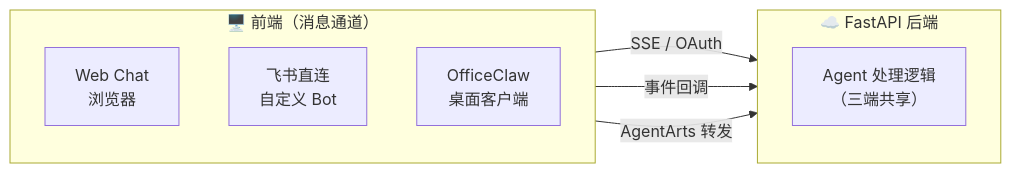
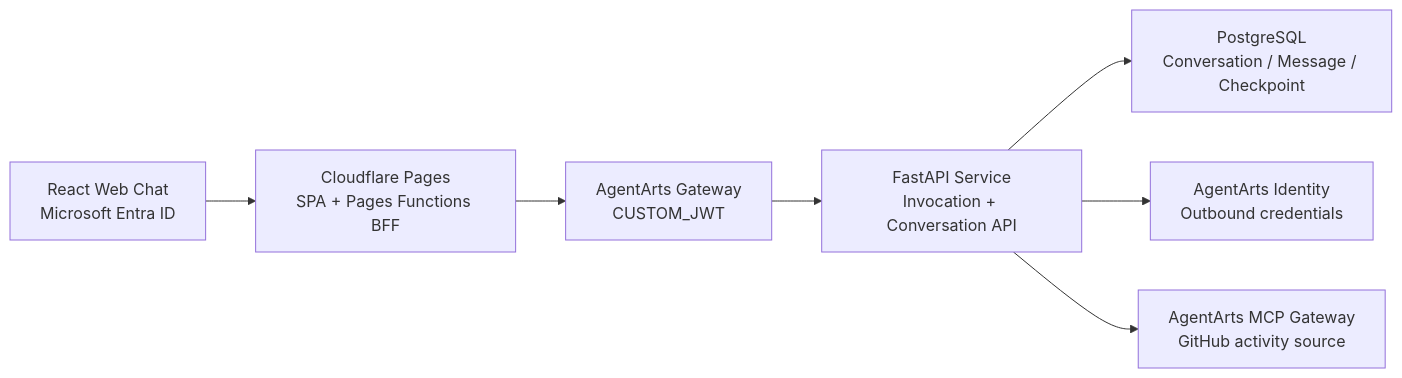
Before and after one commit to git-malu/personal-assistant: the first of 12 diagrams in personal-assistant-meta/architecture/frontend_architecture.md, drawn with Mermaid. The commit also changed other lines of this file and 2 other files, not shown here.

First line of the commit message:
docs: align backend, frontend, and local-dev architecture with current implementation baseline

````diff
--- a/personal-assistant-meta/architecture/frontend_architecture.md
+++ b/personal-assistant-meta/architecture/frontend_architecture.md
@@ -13,17 +15,15 @@
 ```mermaid
 flowchart LR
-    subgraph Clients["🖥️ 前端（消息通道）"]
-        direction TB
-        WebChat["Web Chat<br/>浏览器"]
-        FeishuDirect["飞书直连<br/>自定义 Bot"]
-        OfficeClaw["OfficeClaw<br/>桌面客户端"]
-    end
+    Browser["React Web Chat<br/>Microsoft Entra ID"]
+    Pages["Cloudflare Pages<br/>SPA + Pages Functions BFF"]
+    Gateway["AgentArts Gateway<br/>CUSTOM_JWT"]
+    Service["FastAPI Service<br/>Invocation + Conversation API"]
+    PostgreSQL["PostgreSQL<br/>Conversation / Message / Checkpoint"]
+    Identity["AgentArts Identity<br/>Outbound credentials"]
+    MCP["AgentArts MCP Gateway<br/>GitHub activity source"]
 
-    subgraph Backend["☁️ FastAPI 后端"]
-        Agent["Agent 处理逻辑<br/>（三端共享）"]
-    end
-
-    WebChat -->|"SSE / OAuth"| Backend
-    FeishuDirect -->|"事件回调"| Backend
-    OfficeClaw -->|"AgentArts 转发"| Backend
+    Browser --> Pages --> Gateway --> Service
+    Service --> PostgreSQL
+    Service --> Identity
+    Service --> MCP
 ```
````
